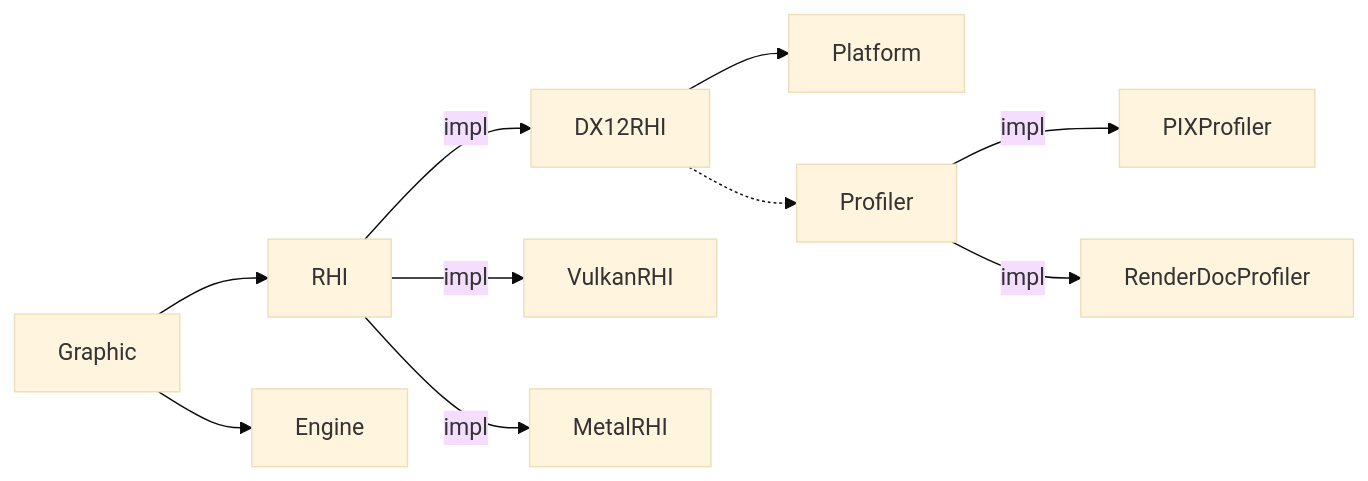
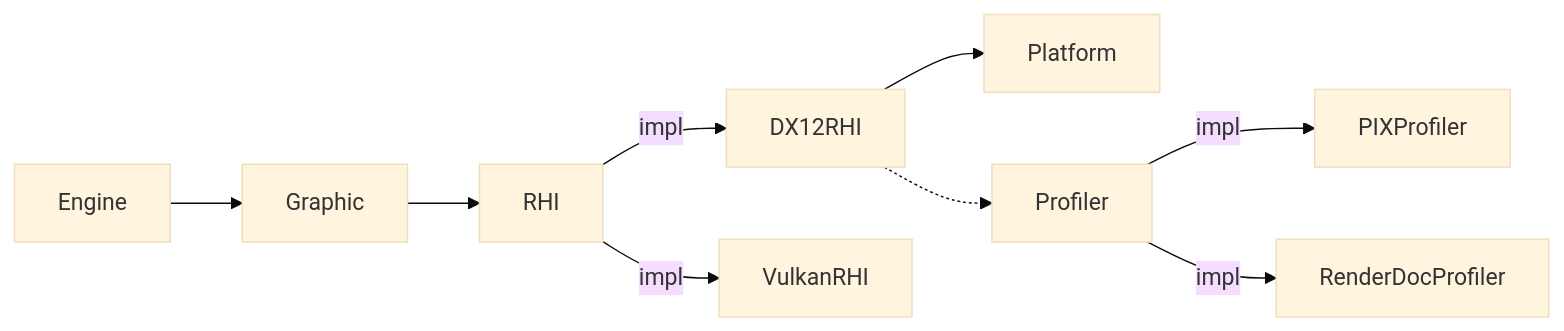
The diagram in Source/Framework/Core/Misc/DI.md (Gajumaru314159/OctbitEngine), drawn with Mermaid (base theme) before and after one commit. The commit also changed other lines of this file and 1 other file, not shown here.

````diff
--- a/Source/Framework/Core/Misc/DI.md
+++ b/Source/Framework/Core/Misc/DI.md
@@ -9,11 +9,6 @@
 ```mermaid
 graph LR
-    Graphic-->RHI & Engine
-
-    RHI-->|impl| DX12RHI & VulkanRHI & MetalRHI
-    
+    Engine-->Graphic-->RHI-->|impl| DX12RHI & VulkanRHI
     DX12RHI-->Platform
-    DX12RHI-.-> Profiler
-
-    Profiler-->|impl| PIXProfiler & RenderDocProfiler
+    DX12RHI-.-> Profiler -->|impl| PIXProfiler & RenderDocProfiler
 ```
````
